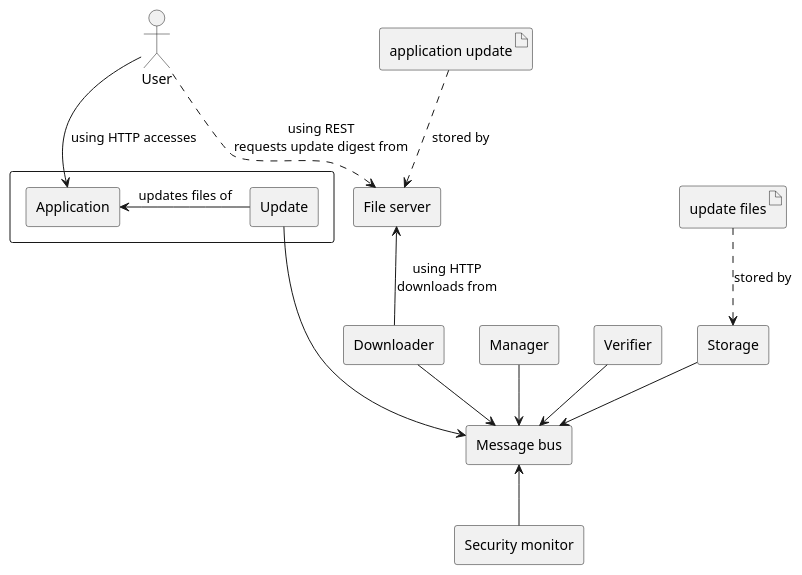
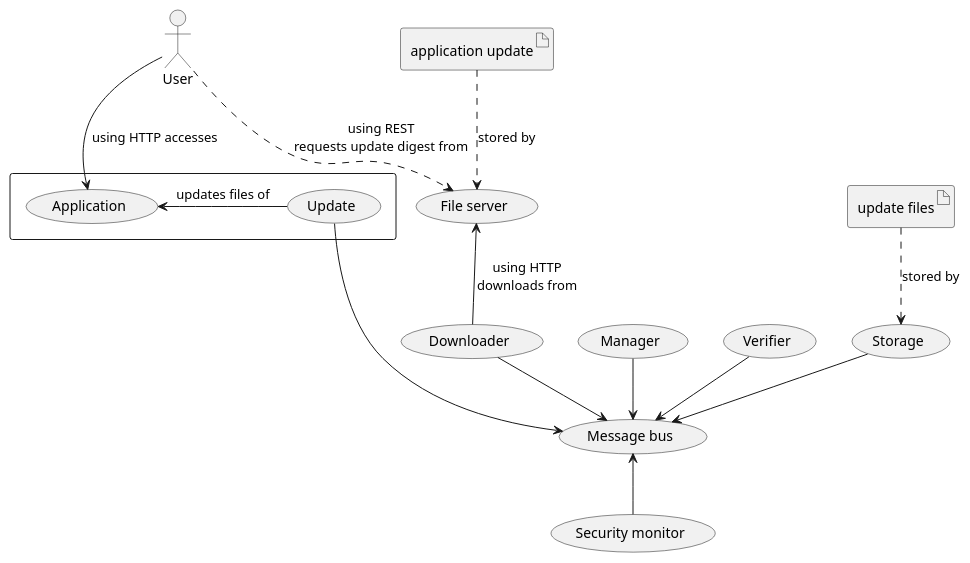
One commit to sergey-sobolev/secure-update changed the diagram in docs/report/dfd.puml. Above: the diagram before and after it, drawn with PlantUML. The commit also changed 9 other files, not shown here.

```diff
--- a/docs/report/dfd.puml
+++ b/docs/report/dfd.puml
@@ -1,35 +1,35 @@
 @startuml
 
 
 rectangle {
-    rectangle Update
-    rectangle Application
+    (Update)
+    (Application)
 }
 
 :User: --> Application: using HTTP accesses
 Application <- Update: updates files of
 
-rectangle Manager
-rectangle "File server" as server
-rectangle Downloader as downloader
-rectangle Verifier
-rectangle Storage
-rectangle "Message bus" as kafka
-rectangle "Security monitor" as monitor
+(Manager)
+(File server) as server
+(Downloader) as downloader
+(Verifier)
+(Storage)
+(Message bus) as kafka
+(Security monitor) as monitor
 artifact "application update" as update
 artifact "update files" as updates
 
 update ..> server: stored by
 :User: ..> server: using REST\nrequests update digest from
 downloader -up-> server: using HTTP\ndownloads from
 updates ..> Storage: stored by
 
 Update -down-> kafka
 downloader -down-> kafka
 Storage -down-> kafka
 Manager -down-> kafka
 Verifier -down-> kafka
 monitor -up-> kafka
 
 
 @enduml
```
